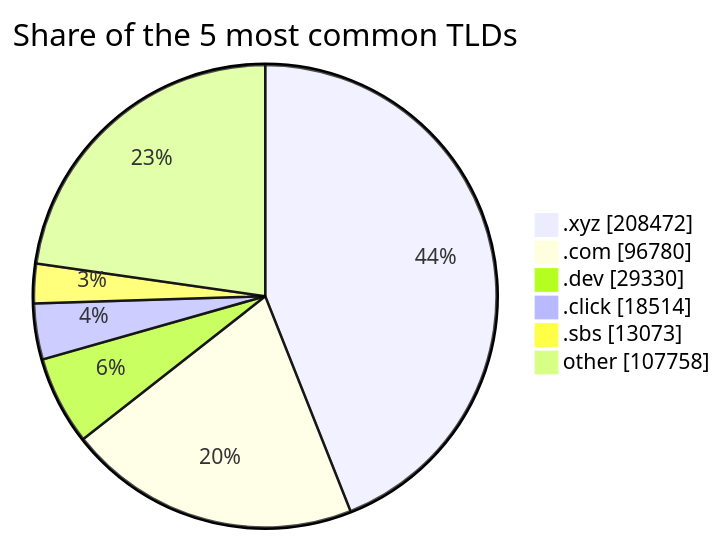
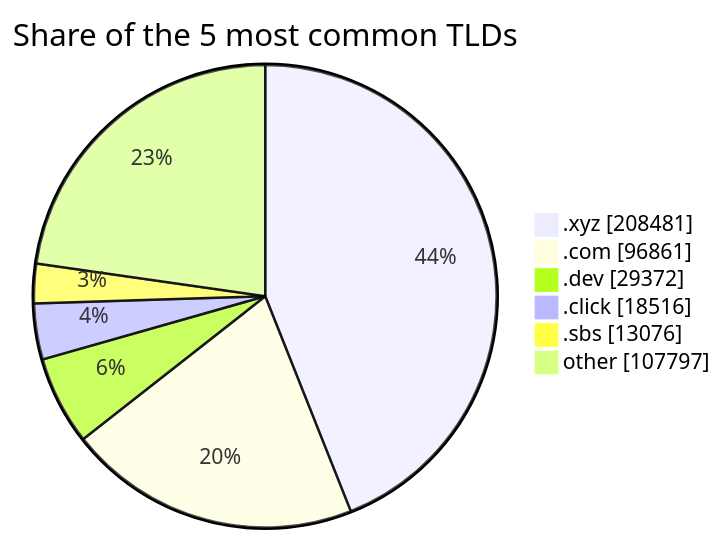
Before and after one commit to DNSBunker/CTI: the third of 3 diagrams in README.md, drawn with Mermaid. The commit also changed other lines of this file and 3 other files, not shown here.

````diff
--- a/README.md
+++ b/README.md
@@ -81,9 +81,9 @@
 ```mermaid
 pie showData title Share of the 5 most common TLDs
-    ".xyz" : 208472
-    ".com" : 96780
-    ".dev" : 29330
-    ".click" : 18514
-    ".sbs" : 13073
-    "other" : 107758
+    ".xyz" : 208481
+    ".com" : 96861
+    ".dev" : 29372
+    ".click" : 18516
+    ".sbs" : 13076
+    "other" : 107797
 ```
````
